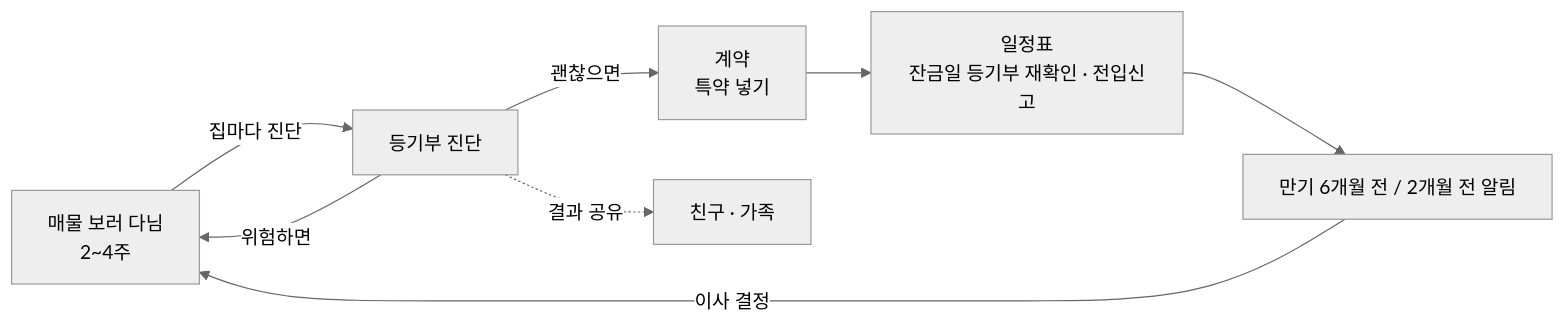
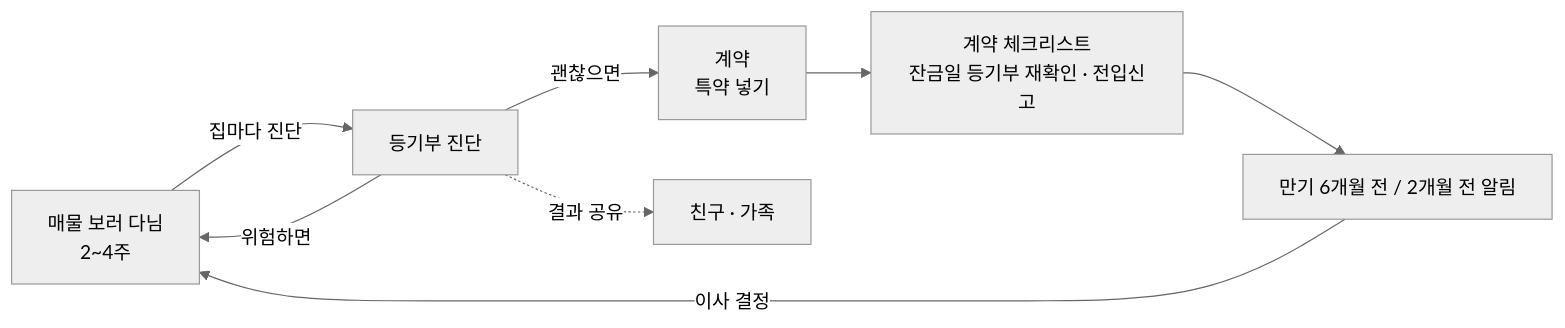
The third of 3 diagrams in docs/06-service-flow.md (LGCNS-HackerTon/FrontEnd), drawn with Mermaid (neutral theme) before and after one commit. The commit also changed other lines of this file and 11 other files, not shown here.

````diff
--- a/docs/06-service-flow.md
+++ b/docs/06-service-flow.md
@@ -154,10 +163,10 @@
 ```mermaid
 flowchart LR
     A["매물 보러 다님<br/>2~4주"] -->|집마다 진단| B["등기부 진단"]
     B -->|위험하면| A
     B -->|괜찮으면| C["계약<br/>특약 넣기"]
-    C --> D["일정표<br/>잔금일 등기부 재확인 · 전입신고"]
+    C --> D["계약 체크리스트<br/>잔금일 등기부 재확인 · 전입신고"]
     D --> E["만기 6개월 전 / 2개월 전 알림"]
     E -->|이사 결정| A
     B -.->|결과 공유| F["친구 · 가족"]
 ```
````
